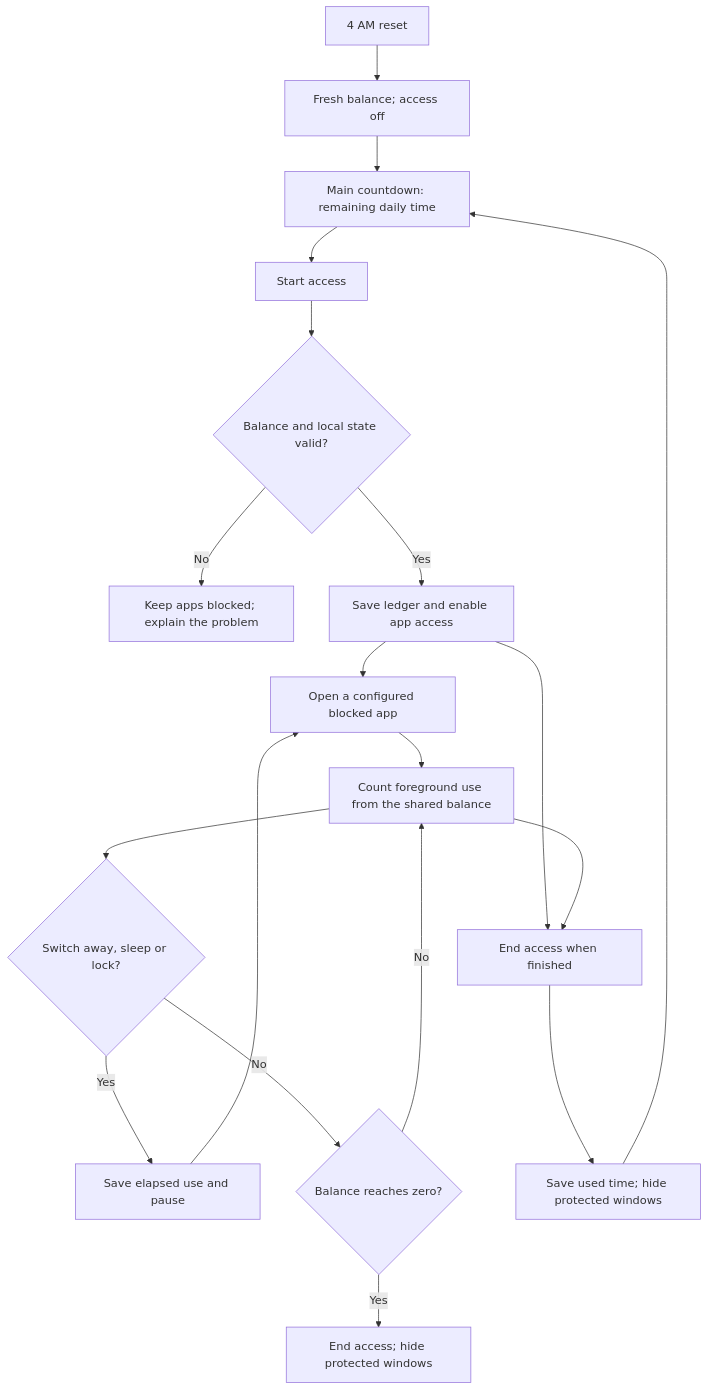
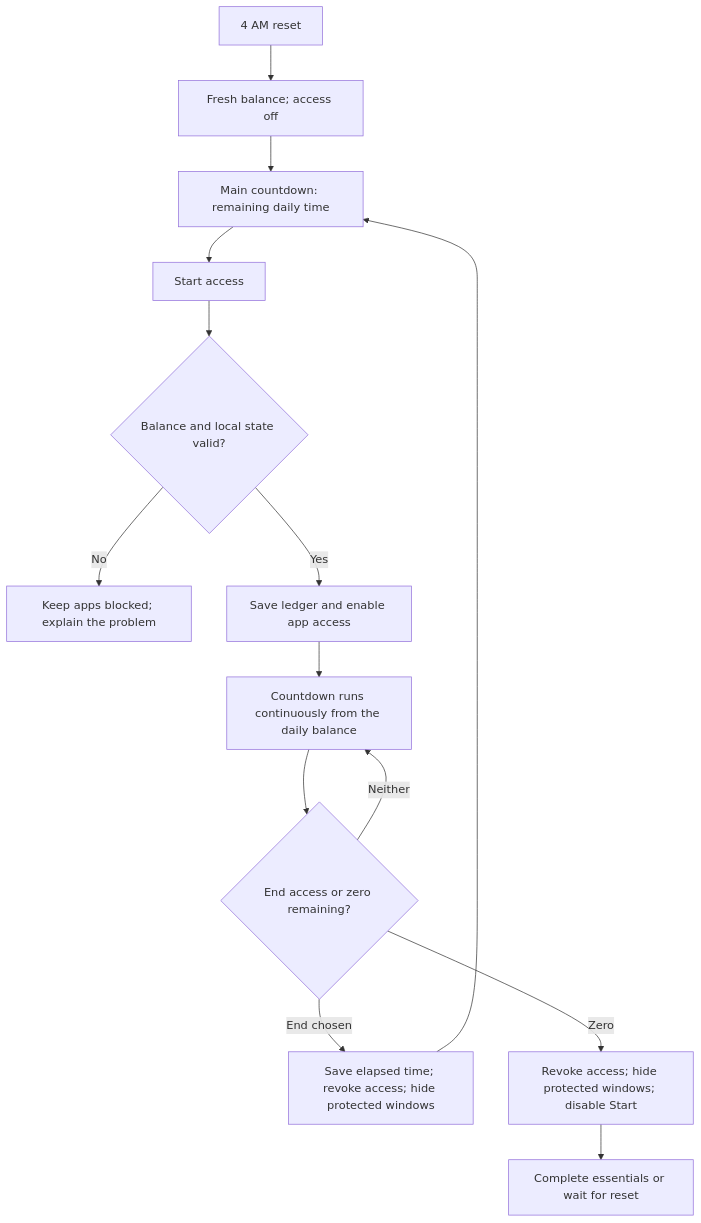
One commit to quanth238/habit-gate changed the first of 2 diagrams in docs/DAILY-ACCESS.md. Above: the diagram before and after it, drawn with Mermaid. The commit also changed other lines of this file and 20 other files, not shown here.

Commit message:
Make daily access a manual continuous countdown

````diff
--- a/docs/DAILY-ACCESS.md
+++ b/docs/DAILY-ACCESS.md
@@ -28,21 +28,16 @@
 ```mermaid
 flowchart TD
     A[Main countdown: remaining daily time] --> B[Start access]
     B --> C{Balance and local state valid?}
     C -->|No| D[Keep apps blocked; explain the problem]
     C -->|Yes| E[Save ledger and enable app access]
-    E --> F[Open a configured blocked app]
-    F --> G[Count foreground use from the shared balance]
-    G --> H{Switch away, sleep or lock?}
-    H -->|Yes| I[Save elapsed use and pause]
-    I --> F
-    H -->|No| J{Balance reaches zero?}
-    J -->|No| G
-    J -->|Yes| K[End access; hide protected windows]
-    E --> L[End access when finished]
-    G --> L
-    L --> M[Save used time; hide protected windows]
-    M --> A
+    E --> F[Countdown runs continuously from the daily balance]
+    F --> G{End access or zero remaining?}
+    G -->|Neither| F
+    G -->|End chosen| H[Save elapsed time; revoke access; hide protected windows]
+    H --> A
+    G -->|Zero| I[Revoke access; hide protected windows; disable Start]
+    I --> J[Complete essentials or wait for reset]
     N[4 AM reset] --> O[Fresh balance; access off]
     O --> A
 ```
````
